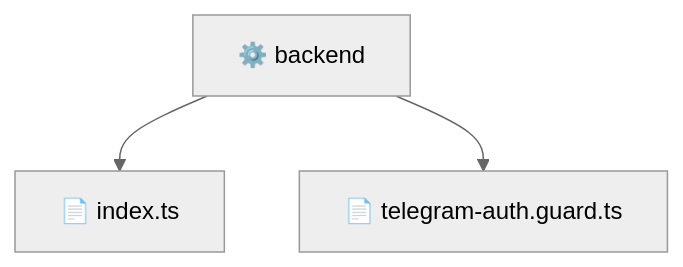
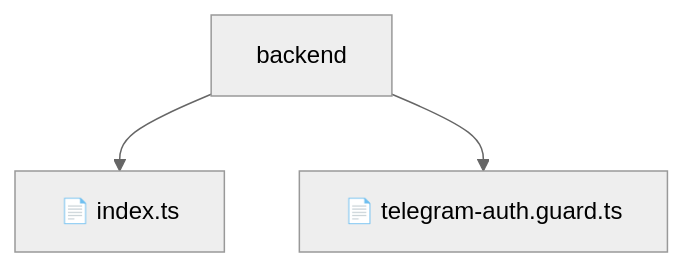
The diagram in frontend/src/backend/README.md (beginwebdev2002/fullstack-mavluda), drawn with Mermaid (neutral theme) before and after one commit. The commit also changed other lines of this file and 155 other files, not shown here.

````diff
--- a/frontend/src/backend/README.md
+++ b/frontend/src/backend/README.md
@@ -9,6 +14,6 @@
 ```mermaid
 graph TD
-  Root["⚙️ backend"]
-  Root --> indexts["📄 index.ts"]
-  Root --> telegramauthguardts["📄 telegram-auth.guard.ts"]
+    Root[backend]
+    Root --> F0[📄 index.ts]
+    Root --> F1[📄 telegram-auth.guard.ts]
 ```
````
